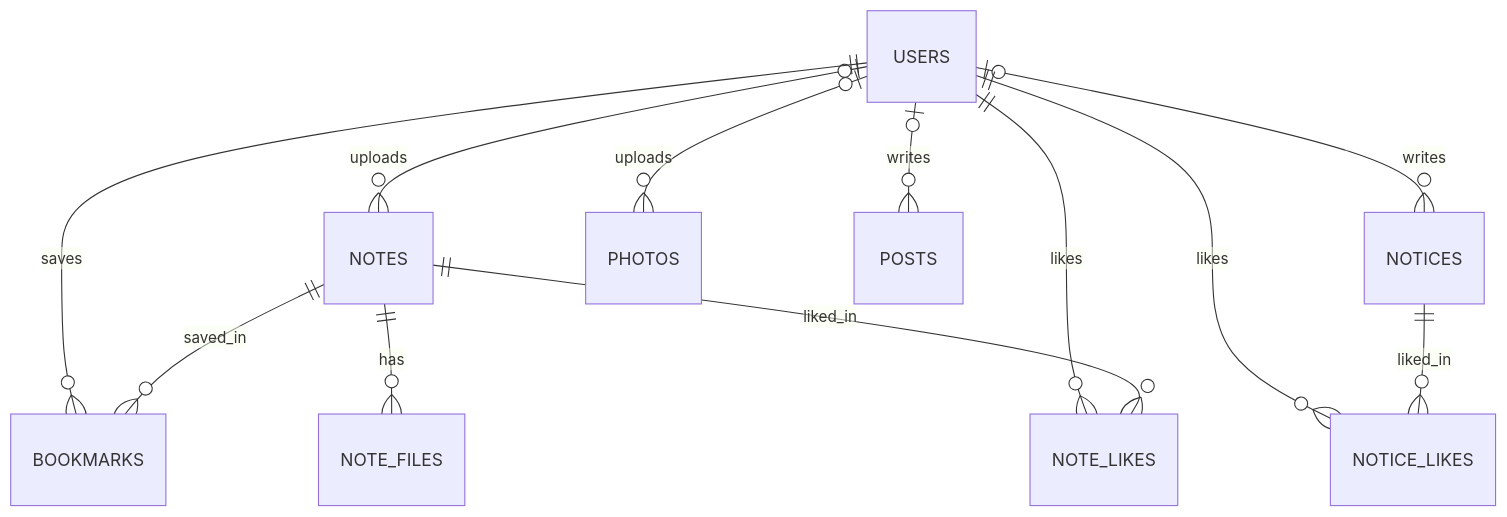
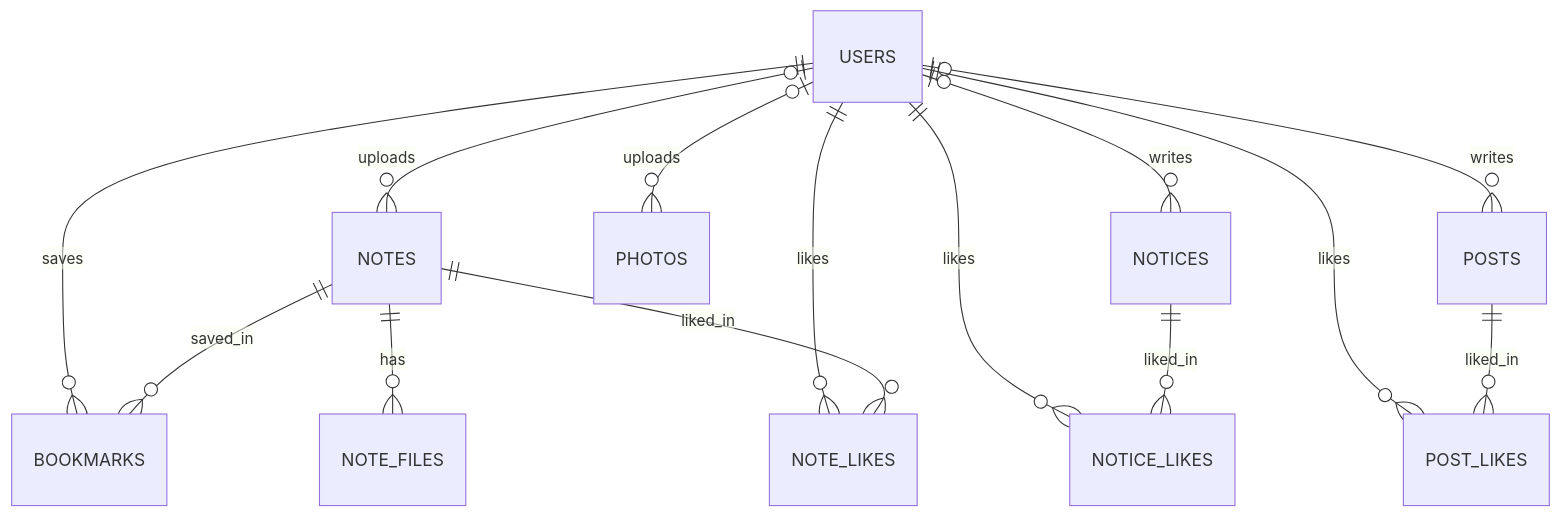
One commit to HackerKHU/hacker_HP changed the diagram in spec/3-2-DESIGN-CONTRACT.md. Above: the diagram before and after it, drawn with Mermaid. The commit also changed other lines of this file and 16 other files, not shown here.

````diff
--- a/spec/3-2-DESIGN-CONTRACT.md
+++ b/spec/3-2-DESIGN-CONTRACT.md
@@ -26,14 +26,16 @@
 ```mermaid
 erDiagram
   USERS |o--o{ NOTES : uploads
   USERS ||--o{ BOOKMARKS : saves
   NOTES ||--o{ BOOKMARKS : saved_in
   NOTES ||--o{ NOTE_FILES : has
   USERS ||--o{ NOTE_LIKES : likes
   NOTES ||--o{ NOTE_LIKES : liked_in
   USERS |o--o{ NOTICES : writes
   USERS ||--o{ NOTICE_LIKES : likes
   NOTICES ||--o{ NOTICE_LIKES : liked_in
   USERS |o--o{ PHOTOS : uploads
   USERS |o--o{ POSTS : writes
+  USERS ||--o{ POST_LIKES : likes
+  POSTS ||--o{ POST_LIKES : liked_in
 ```
````
